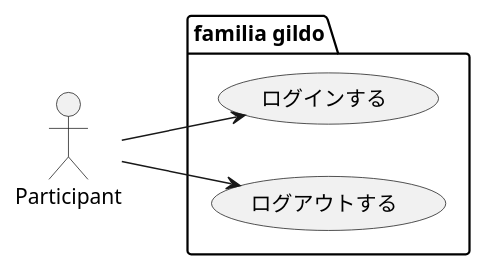
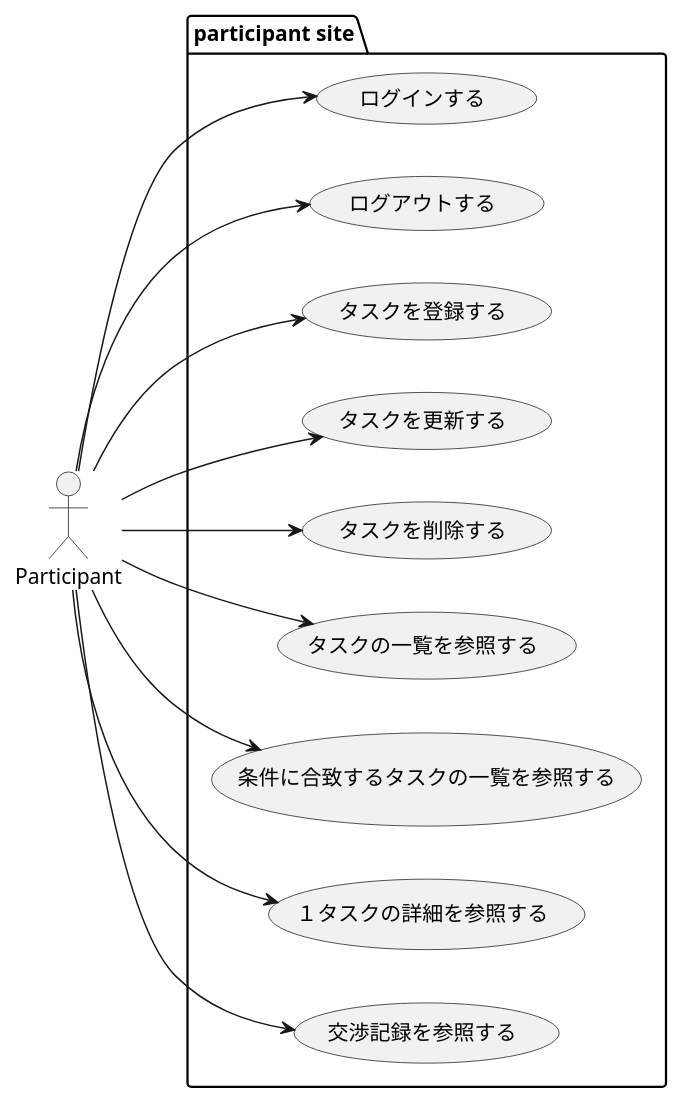
The diagram in design/usecase/participant/usecase.puml (sky0621/familiagildo), drawn with PlantUML before and after one commit. The commit also changed 13 other files, not shown here.

```diff
--- a/design/usecase/participant/usecase.puml
+++ b/design/usecase/participant/usecase.puml
@@ -1,15 +1,29 @@
 @startuml
 
 left to right direction
 
 actor Participant as p
 
-package "familia gildo" {
+package "participant site" {
     usecase "ログインする" as loginByParticipant
     usecase "ログアウトする" as logoutByParticipant
+    usecase "タスクを登録する" as createMyTaskByParticipant
+    usecase "タスクを更新する" as updateMyTaskByParticipant
+    usecase "タスクを削除する" as deleteMyTaskByParticipant
+    usecase "タスクの一覧を参照する" as listTaskByParticipant
+    usecase "条件に合致するタスクの一覧を参照する" as findTaskByParticipant
+    usecase "１タスクの詳細を参照する" as getTaskByParticipant
+    usecase "交渉記録を参照する" as getNegotiationRecordByParticipant
 }
 
 p --> loginByParticipant
 p --> logoutByParticipant
+p --> createMyTaskByParticipant
+p --> updateMyTaskByParticipant
+p --> deleteMyTaskByParticipant
+p --> listTaskByParticipant
+p --> findTaskByParticipant
+p --> getTaskByParticipant
+p --> getNegotiationRecordByParticipant
 
 @enduml
```
